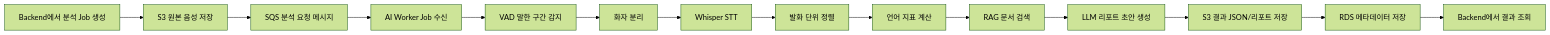
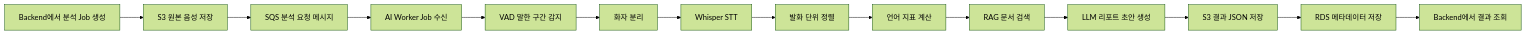
Before and after one commit to UtterAI-aws13/UtterAI_AI: the diagram in README.md, drawn with Mermaid (forest theme). The commit also changed other lines of this file, not shown here.

````diff
--- a/README.md
+++ b/README.md
@@ -94,16 +200,16 @@
 ```mermaid
 flowchart LR
     A[Backend에서 분석 Job 생성] --> B[S3 원본 음성 저장]
     B --> C[SQS 분석 요청 메시지]
     C --> D[AI Worker Job 수신]
     D --> E[VAD 말한 구간 감지]
     E --> F[화자 분리]
     F --> G[Whisper STT]
     G --> H[발화 단위 정렬]
     H --> I[언어 지표 계산]
     I --> J[RAG 문서 검색]
     J --> K[LLM 리포트 초안 생성]
-    K --> L[S3 결과 JSON/리포트 저장]
+    K --> L[S3 결과 JSON 저장]
     L --> M[RDS 메타데이터 저장]
     M --> N[Backend에서 결과 조회]
 ```
````
